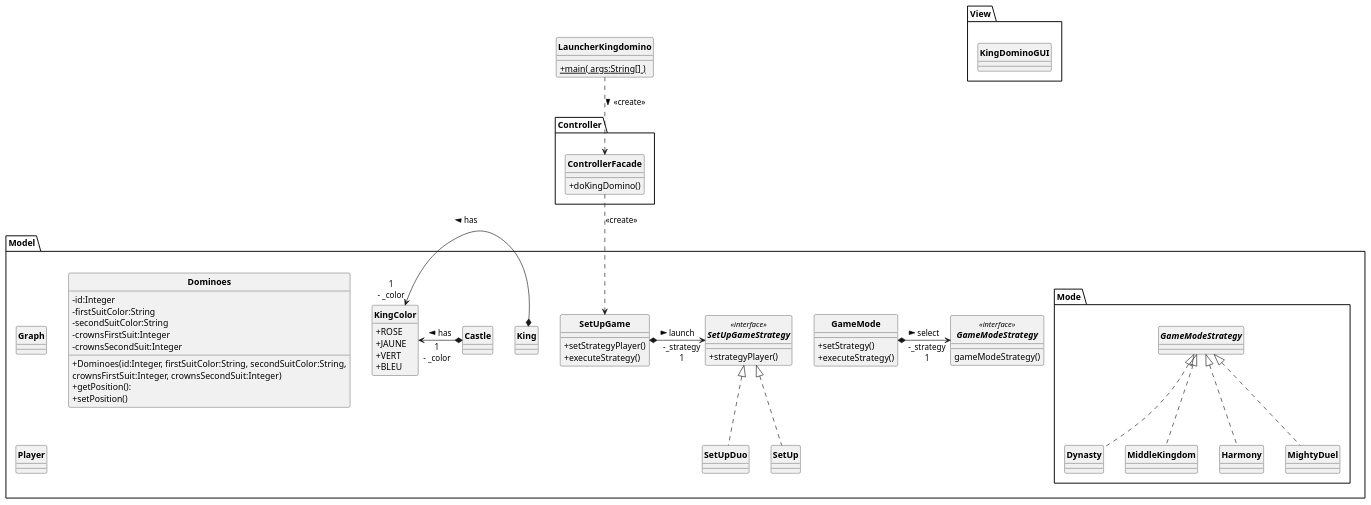
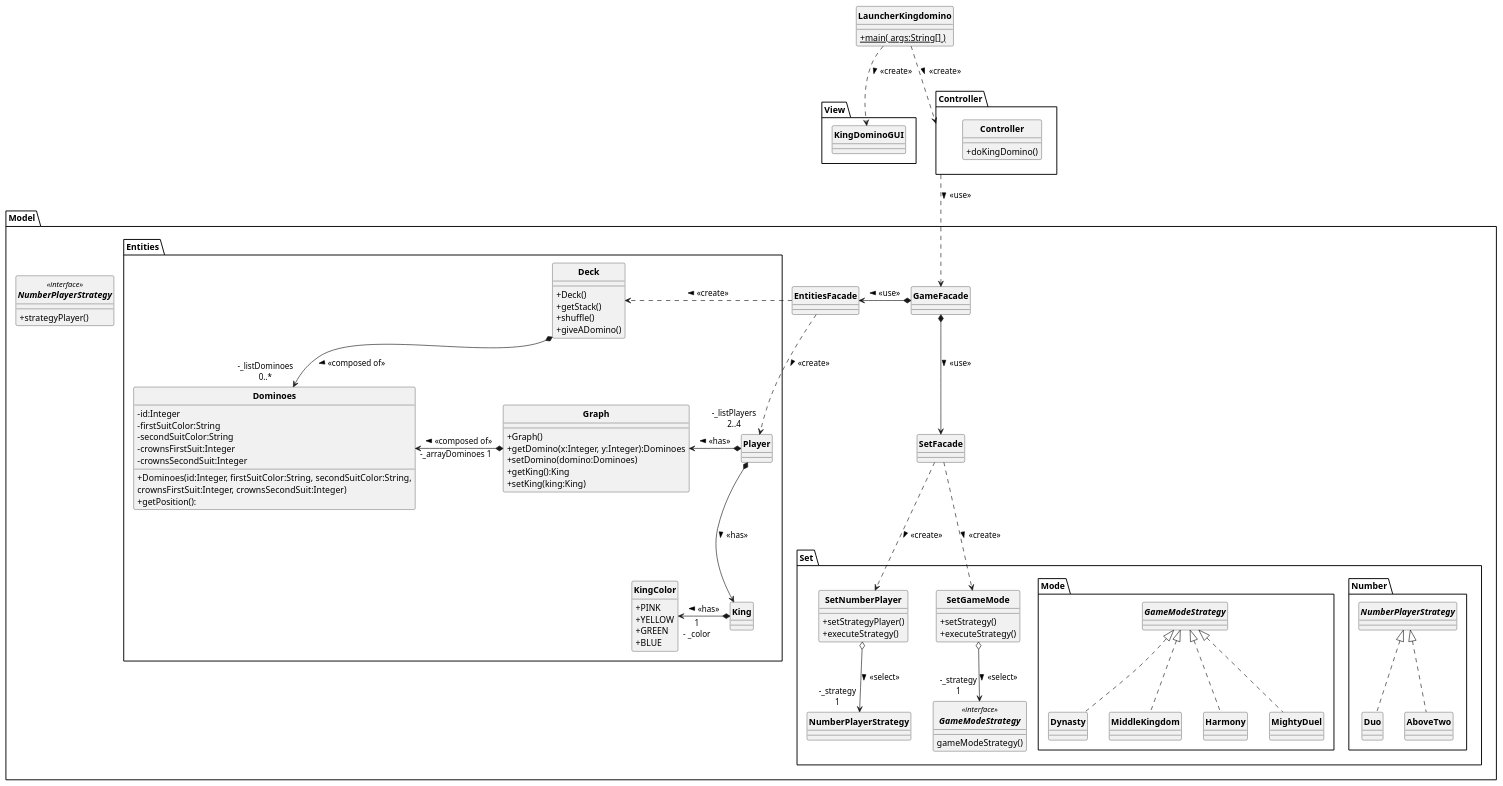
One commit to jvondermarck/kingdomino changed the diagram in UML/kingdomino.puml. Above: the diagram before and after it, drawn with PlantUML.

Commit message:
Mise à jour UML V1
kingdomino.puml:
ajout de deux package situé dans le package model: entities, set et ajout de différente classe

```diff
--- a/UML/kingdomino.puml
+++ b/UML/kingdomino.puml
@@ -1,118 +1,164 @@
 @startuml
 skinparam style strictuml
 skinparam classAttributeIconSize 0
 skinparam classFontStyle Bold
 hide enum methods
 
 class LauncherKingdomino{
     + {static} main( args:String[] )
 }
 
 package Model{
-    class Graph {
+
+    class GameFacade{
 
     }
 
-    class Dominoes {
-       -id:Integer
-       -firstSuitColor:String
-       -secondSuitColor:String
-       -crownsFirstSuit:Integer
-       -crownsSecondSuit:Integer
 
-       +Dominoes(id:Integer, firstSuitColor:String, secondSuitColor:String,
-       crownsFirstSuit:Integer, crownsSecondSuit:Integer)
-       +getPosition():
-       +setPosition()
-    }
-
-    class King{
+    class SetFacade{
 
     }
 
-    class Castle {
+    class EntitiesFacade{
 
     }
 
-    class GameMode{
-        +setStrategy()
-        +executeStrategy()
-    }
+    package Entities{
+            Graph *-l-> Dominoes : <<composed of>> > "-_arrayDominoes 1"
+            class Graph {
+                +Graph()
+                +getDomino(x:Integer, y:Integer):Dominoes
+                +setDomino(domino:Dominoes)
+                +getKing():King
+                +setKing(king:King)
 
-    GameMode *-> "-_strategy\n1"GameModeStrategy : > select
-    interface GameModeStrategy<<interface>>{
-        gameModeStrategy()
+            }
+            class King{
+
+            }
+
+
+        Deck *-d-> "-_listDominoes\n0..*"Dominoes : <<composed of>> >
+            class Deck{
+                +Deck()
+                +getStack()
+                +shuffle()
+                +giveADomino()
+            }
+
+            class Dominoes {
+               -id:Integer
+               -firstSuitColor:String
+               -secondSuitColor:String
+               -crownsFirstSuit:Integer
+               -crownsSecondSuit:Integer
+
+               +Dominoes(id:Integer, firstSuitColor:String, secondSuitColor:String,
+               crownsFirstSuit:Integer, crownsSecondSuit:Integer)
+               +getPosition():
+            }
+
+            Player *-l-> Graph : > <<has>>
+            Player *--> King : > <<has>>
+            class Player {
+
+            }
+
+            enum KingColor {
+                +PINK
+                +YELLOW
+                +GREEN
+                +BLUE
+            }
+
     }
 
 
-    package Mode{
-        class Dynasty implements GameModeStrategy{
+    package Set{
+        class SetNumberPlayer{
+                +setStrategyPlayer()
+                +executeStrategy()
+         }
 
+        SetNumberPlayer o--> "-_strategy\n1"NumberPlayerStrategy: > <<select>>
+
+        package Number{
+                class Duo implements NumberPlayerStrategy
+                {
+
+                }
+
+                class AboveTwo implements NumberPlayerStrategy
+                {
+
+                }
         }
 
-        class MiddleKingdom implements GameModeStrategy{
 
-        }
+            class SetGameMode{
+                +setStrategy()
+                +executeStrategy()
+            }
 
-        class Harmony implements GameModeStrategy{
+            SetGameMode o--> "-_strategy\n1"GameModeStrategy : > <<select>>
+            interface GameModeStrategy<<interface>>{
+                gameModeStrategy()
+            }
 
-        }
 
-        class MightyDuel implements GameModeStrategy{
+            package Mode{
+                class Dynasty implements GameModeStrategy{
 
-        }
+                }
+
+                class MiddleKingdom implements GameModeStrategy{
+
+                }
+
+                class Harmony implements GameModeStrategy{
+
+                }
+
+                class MightyDuel implements GameModeStrategy{
+
+                }
+            }
+
     }
 
-    class SetUpGame{
-        +setStrategyPlayer()
-        +executeStrategy()
-    }
-
-    interface SetUpGameStrategy<<interface>>{
+    interface NumberPlayerStrategy<<interface>>{
         +strategyPlayer()
     }
 
-    SetUpGame *-> "-_strategy\n1"SetUpGameStrategy : > launch
 
-    class SetUpDuo implements SetUpGameStrategy
-    {
 
-    }
-
-    class SetUp implements SetUpGameStrategy
-    {
-
-    }
-
-    class Player {
-
-    }
-
-    enum KingColor {
-        +ROSE
-        +JAUNE
-        +VERT
-        +BLEU
-    }
 
 }
 
 package View {
     class KingDominoGUI
     {
 
     }
 }
 
 package Controller {
-    class ControllerFacade{
+
+    class Controller{
         +doKingDomino()
     }
+
 }
 
-LauncherKingdomino ..> ControllerFacade : <<create>> >
-ControllerFacade ..> SetUpGame : <<create>>
-King *-l-> "1\n- _color" KingColor : has >
-Castle *-l-> "1\n- _color" KingColor : has >
+LauncherKingdomino ..> KingDominoGUI : <<create>> >
+LauncherKingdomino ..> Controller : <<create>> >
+SetFacade ..> SetNumberPlayer : <<create>> >
+SetFacade ..> SetGameMode : <<create>> >
+GameFacade *--> SetFacade : <<use>> >
+GameFacade *-r-> EntitiesFacade : <<use>> >
+EntitiesFacade .> Deck : <<create>> >
+EntitiesFacade .> "-_listPlayers\n2..4"Player : <<create>> >
+Controller ..> GameFacade : <<use>> >
+King *-l-> "1\n- _color" KingColor : <<has>> >
 
 @enduml
```
